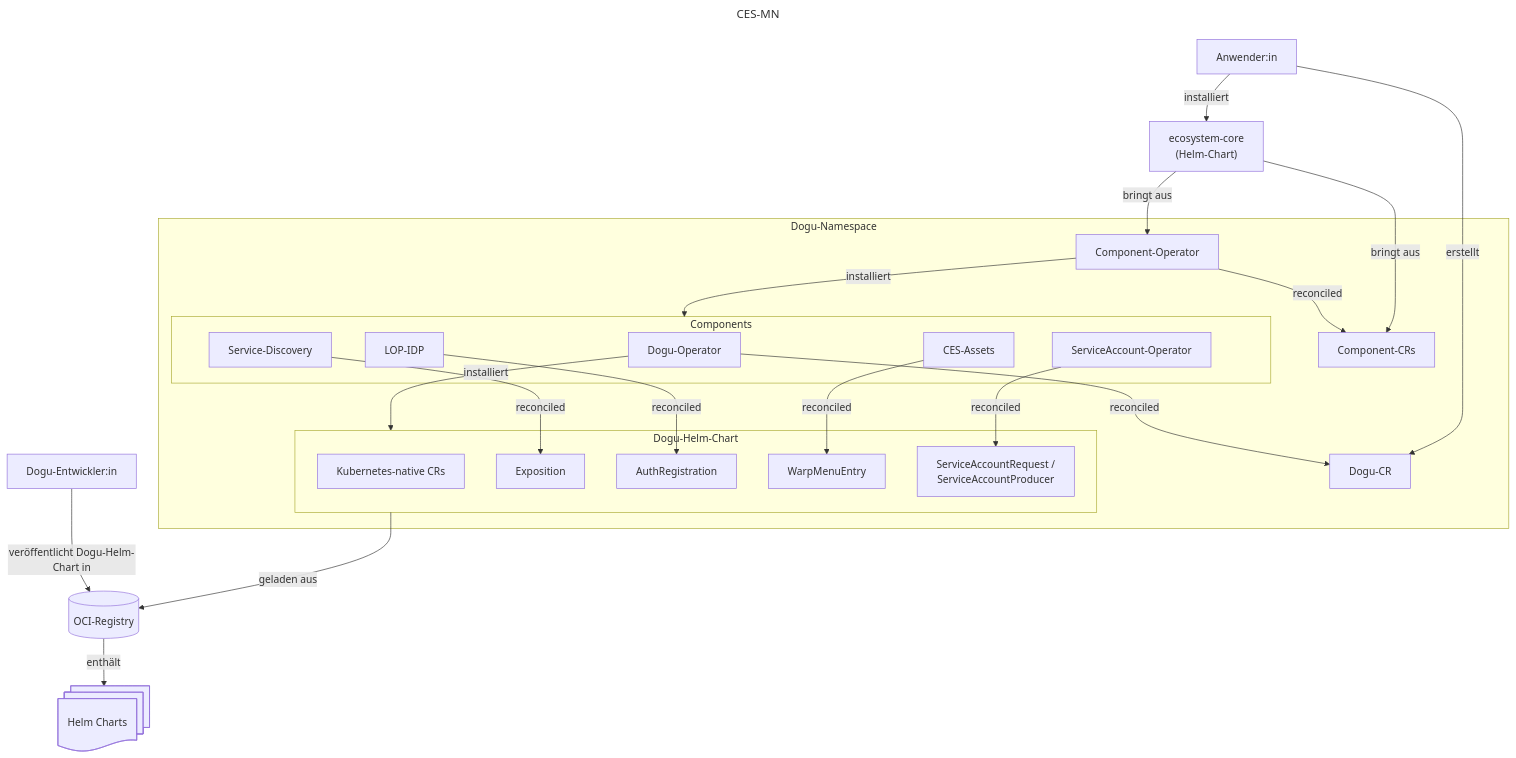
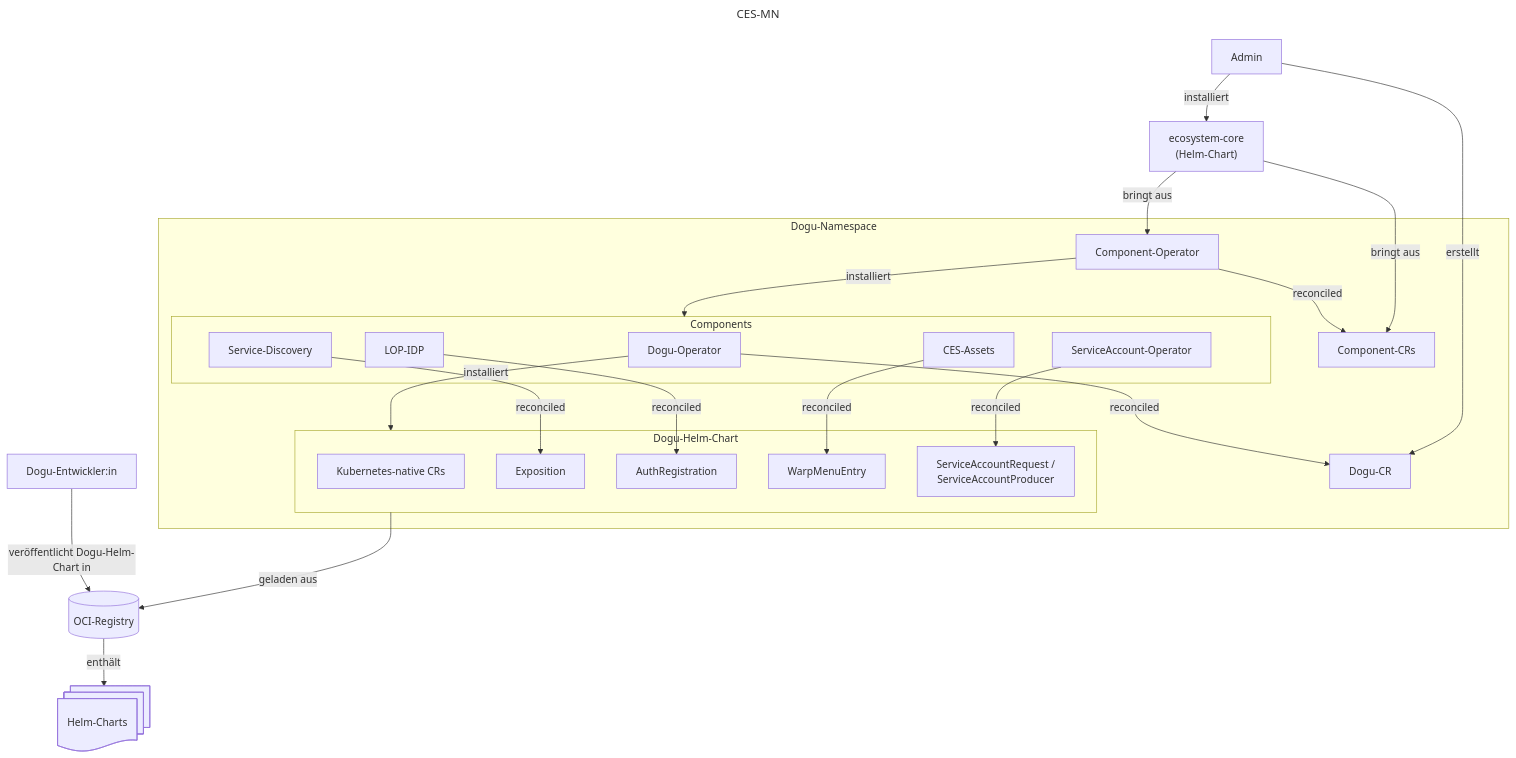
One commit to cloudogu/dogu-development-docs changed the diagram in docs/v3/concepts/multinode-environment_de.md. Above: the diagram before and after it, drawn with Mermaid. The commit also changed other lines of this file and 2 other files, not shown here.

````diff
--- a/docs/v3/concepts/multinode-environment_de.md
+++ b/docs/v3/concepts/multinode-environment_de.md
@@ -105,59 +114,59 @@
 ```mermaid
 ---
 title: CES-MN
 ---
 flowchart TB
-    user["Anwender:in"]
+    user["Admin"]
     developer["Dogu-Entwickler:in"]
 
     core["ecosystem-core<br/>(Helm-Chart)"]
     
     user -->|installiert| core
 
     subgraph ns["Dogu-Namespace"]
         compOp["Component-Operator"]
         compCRs["Component-CRs"]
         doguCR["Dogu-CR"]
 
         compOp -->|reconciled| compCRs
 
         subgraph components["Components"]
             doguOp["Dogu-Operator"]
             sd["Service-Discovery"]
             idp["LOP-IDP"]
             assets["CES-Assets"]
             saOp["ServiceAccount-Operator"]
         end
 
         compOp -->|installiert| components
 
         subgraph chart["Dogu-Helm-Chart"]
             workloads["Kubernetes-native CRs"]
             exposition["Exposition"]
             authreg["AuthRegistration"]
             warp["WarpMenuEntry"]
             sar["ServiceAccountRequest /<br/>ServiceAccountProducer"]
         end
 
         doguOp -->|reconciled| doguCR
         doguOp -->|installiert| chart
 
         sd -->|reconciled| exposition
         assets -->|reconciled| warp
         saOp -->|reconciled| sar
         idp -->|reconciled| authreg
     end
 
     core -->|bringt aus| compOp
     core -->|bringt aus| compCRs
 
     user -->|erstellt| doguCR
 
     oci[("OCI-Registry")]
-    helmCharts@{ shape: docs, label: "Helm Charts"}
+    helmCharts@{ shape: docs, label: "Helm-Charts"}
     developer -->|veröffentlicht Dogu-Helm-Chart in| oci
 
     oci -->|enthält| helmCharts
     chart -->|geladen aus| oci
 
 ```
````
